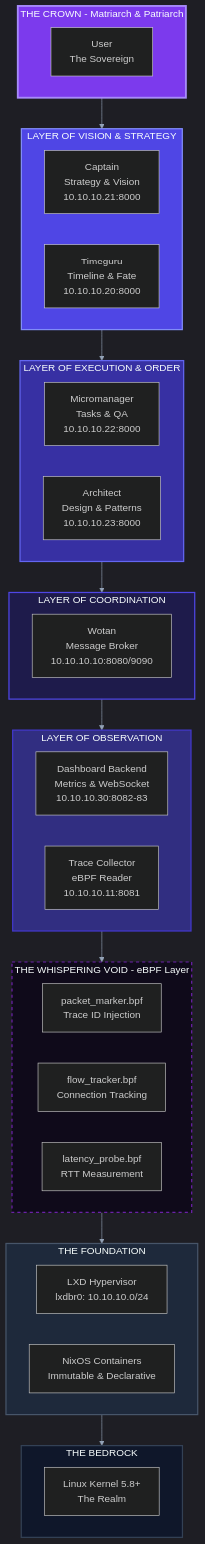
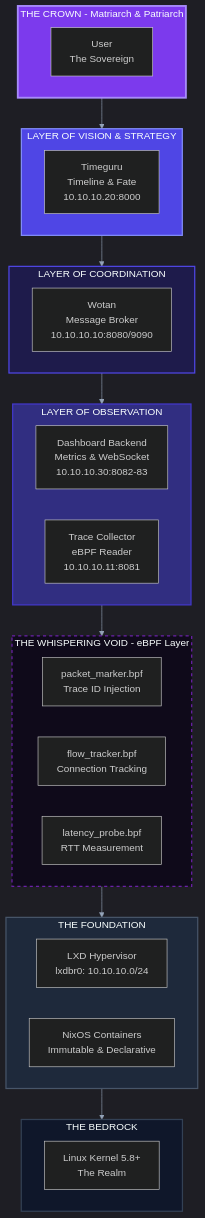
One commit to unheaded/unheaded changed the first of 6 diagrams in docs/architecture/KINGDOM_ARCHITECTURE.md. Above: the diagram before and after it, drawn with Mermaid. The commit also changed other lines of this file and 14 other files, not shown here.

````diff
--- a/docs/architecture/KINGDOM_ARCHITECTURE.md
+++ b/docs/architecture/KINGDOM_ARCHITECTURE.md
@@ -130,64 +121,55 @@
 ```mermaid
 %%{init: {'theme': 'dark', 'themeVariables': { 'primaryColor': '#6366f1', 'primaryTextColor': '#fff', 'primaryBorderColor': '#818cf8', 'lineColor': '#94a3b8', 'secondaryColor': '#1e1b4b', 'tertiaryColor': '#0f172a'}}}%%
 flowchart TB
     subgraph CROWN["THE CROWN - Matriarch & Patriarch"]
         direction LR
         USER["User<br/>The Sovereign"]
     end
 
     subgraph VISION["LAYER OF VISION & STRATEGY"]
         direction LR
-        CAPTAIN["Captain<br/>Strategy & Vision<br/>10.10.10.21:8000"]
         TIMEGURU["Timeguru<br/>Timeline & Fate<br/>10.10.10.20:8000"]
-    end
-
-    subgraph EXECUTION["LAYER OF EXECUTION & ORDER"]
-        direction LR
-        MICROMANAGER["Micromanager<br/>Tasks & QA<br/>10.10.10.22:8000"]
-        ARCHITECT["Architect<br/>Design & Patterns<br/>10.10.10.23:8000"]
     end
 
     subgraph COORDINATION["LAYER OF COORDINATION"]
         WOTAN["Wotan<br/>Message Broker<br/>10.10.10.10:8080/9090"]
     end
 
     subgraph OBSERVATION["LAYER OF OBSERVATION"]
         direction LR
         DASHBOARD["Dashboard Backend<br/>Metrics & WebSocket<br/>10.10.10.30:8082-83"]
         TRACE["Trace Collector<br/>eBPF Reader<br/>10.10.10.11:8081"]
     end
 
     subgraph VOID["THE WHISPERING VOID - eBPF Layer"]
         direction LR
         PACKET["packet_marker.bpf<br/>Trace ID Injection"]
         FLOW["flow_tracker.bpf<br/>Connection Tracking"]
         LATENCY["latency_probe.bpf<br/>RTT Measurement"]
     end
 
     subgraph FOUNDATION["THE FOUNDATION"]
         direction LR
         LXD["LXD Hypervisor<br/>lxdbr0: 10.10.10.0/24"]
         NIXOS["NixOS Containers<br/>Immutable & Declarative"]
     end
 
     subgraph BEDROCK["THE BEDROCK"]
         KERNEL["Linux Kernel 5.8+<br/>The Realm"]
     end
 
     CROWN --> VISION
-    VISION --> EXECUTION
-    EXECUTION --> COORDINATION
+    VISION --> COORDINATION
     COORDINATION --> OBSERVATION
     OBSERVATION --> VOID
     VOID --> FOUNDATION
     FOUNDATION --> BEDROCK
 
     style CROWN fill:#7c3aed,stroke:#a78bfa,stroke-width:3px
     style VISION fill:#4f46e5,stroke:#818cf8,stroke-width:2px
-    style EXECUTION fill:#3730a3,stroke:#6366f1,stroke-width:2px
     style COORDINATION fill:#1e1b4b,stroke:#4f46e5,stroke-width:2px
     style OBSERVATION fill:#312e81,stroke:#4338ca,stroke-width:2px
     style VOID fill:#0f0a1a,stroke:#6b21a8,stroke-width:2px,stroke-dasharray: 5 5
     style FOUNDATION fill:#1e293b,stroke:#475569,stroke-width:2px
     style BEDROCK fill:#0f172a,stroke:#334155,stroke-width:2px
 ```
````
